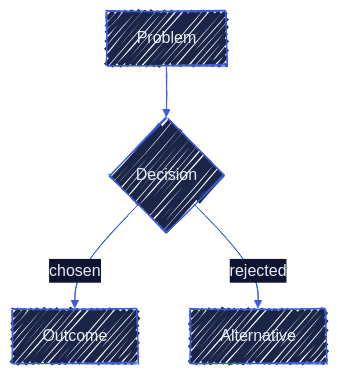
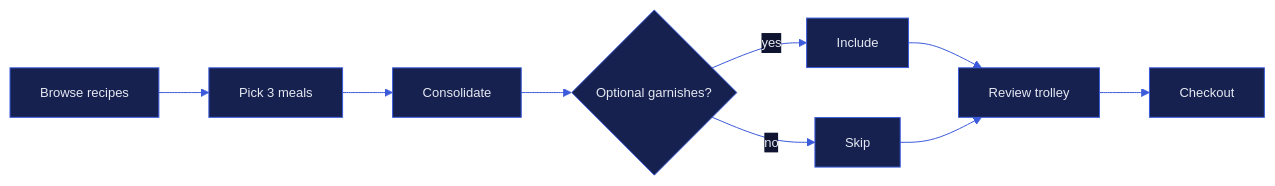
One commit to magordyl/portfolio changed the diagram in plans/portfolio-imagery-standards.md. Above: the diagram before and after it, drawn with Mermaid. The commit also changed other lines of this file and 3 other files, not shown here.

````diff
--- a/plans/portfolio-imagery-standards.md
+++ b/plans/portfolio-imagery-standards.md
@@ -67,17 +73,23 @@
 ```mermaid
 ---
 config:
-  look: handDrawn
   theme: base
   themeVariables:
-    primaryColor: "#1B2547"      # royal-900 — node fill
-    primaryBorderColor: "#3B5BDB" # royal-500 — stroke
-    primaryTextColor: "#E8ECF7"   # royal-50 — label
-    lineColor: "#3B5BDB"
-    secondaryColor: "#0F1530"    # royal-950 — background
+    primaryColor: "#16214F"        # royal-11 — node fill
+    primaryBorderColor: "#3B5BDB"   # royal-8 — stroke
+    primaryTextColor: "#E5E8F2"     # royal-2 — label
+    lineColor: "#3B5BDB"            # royal-8 — edges
+    secondaryColor: "#0F1530"       # royal-12 — background
+    fontFamily: "Geist, sans-serif"
+    fontSize: "13px"
 ---
-flowchart TD
-  A[Problem] --> B{Decision}
-  B -->|chosen| C[Outcome]
-  B -->|rejected| D[Alternative]
+flowchart LR
+  A[Browse recipes] --> B[Pick 3 meals]
+  B --> C[Consolidate]
+  C --> D{Optional garnishes?}
+  D -->|yes| E[Include]
+  D -->|no| F[Skip]
+  E --> G[Review trolley]
+  F --> G
+  G --> H[Checkout]
 ```
````
